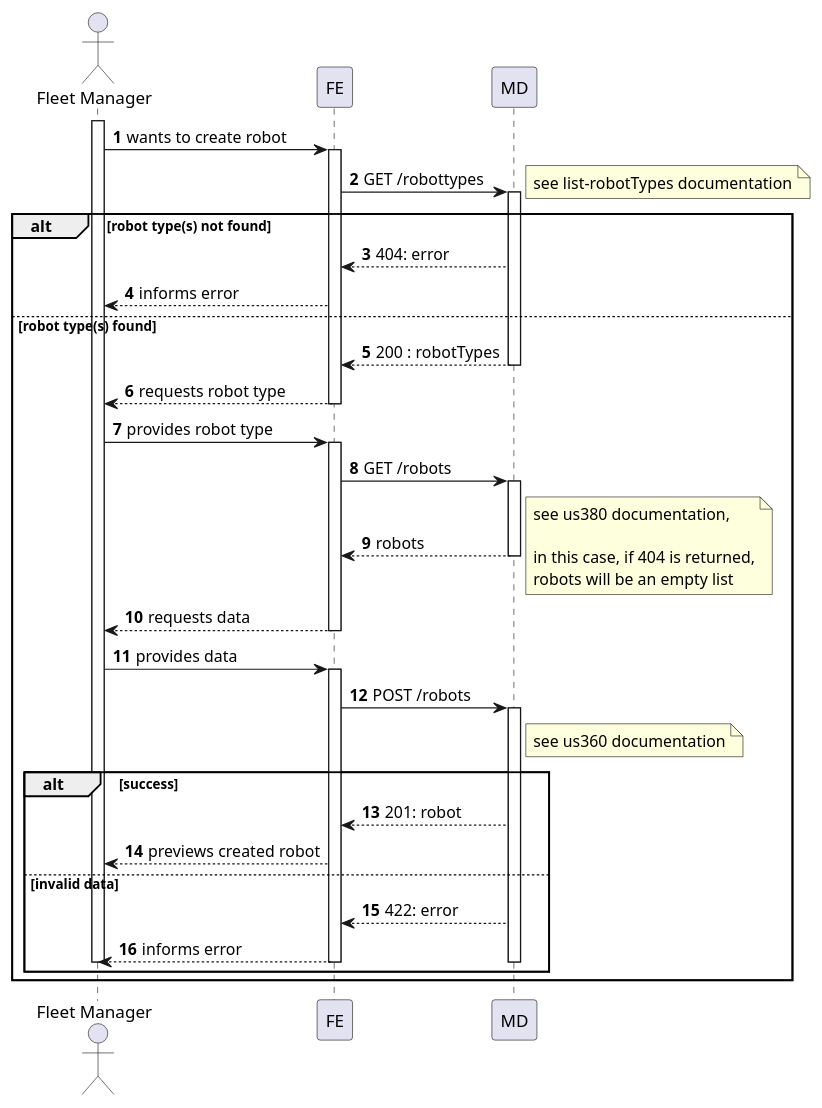
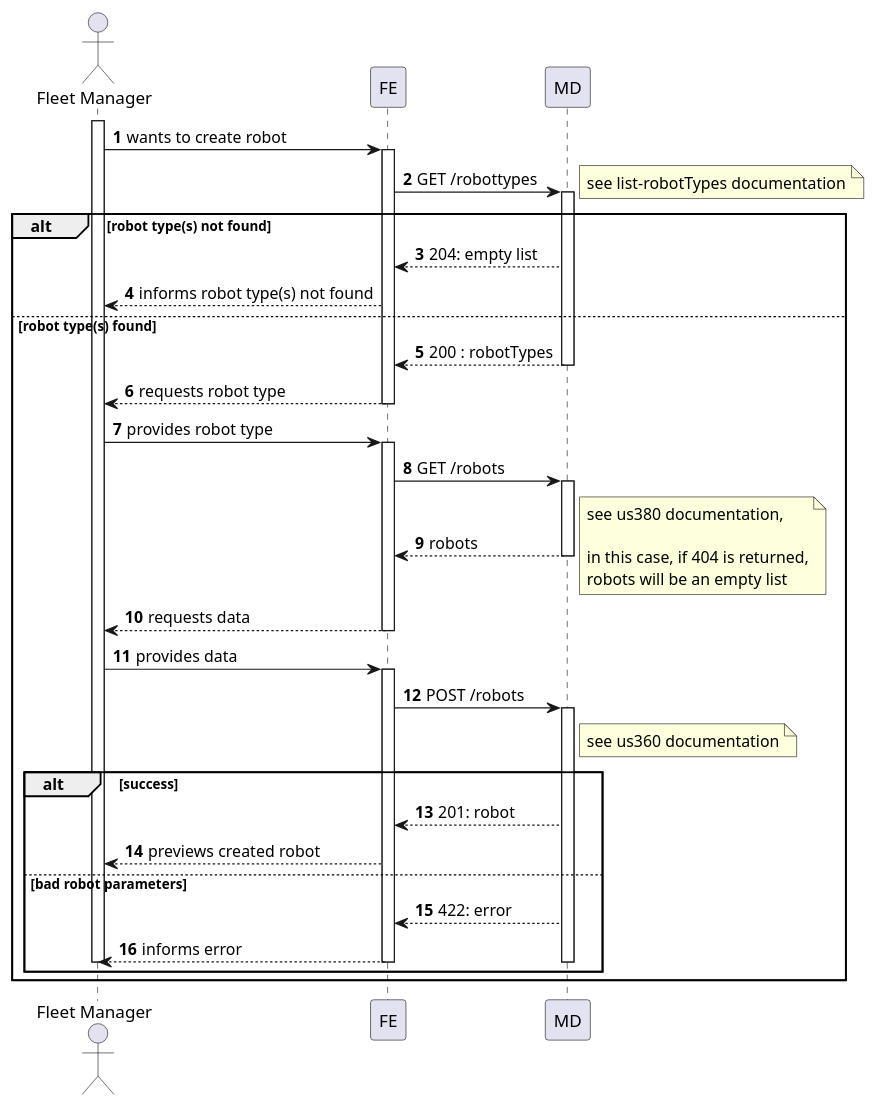
The diagram in docs/us1010/level2/process-view.puml (Departamento-de-Engenharia-Informatica/lapr5-23-24-g19), drawn with PlantUML before and after one commit. The commit also changed 3 other files, not shown here.

```diff
--- a/docs/us1010/level2/process-view.puml
+++ b/docs/us1010/level2/process-view.puml
@@ -1,54 +1,54 @@
 @startuml
 autonumber
 
 actor "Fleet Manager" as usr
 
 participant "FE" as ui
 
 participant "MD" as md
 
 activate usr
     usr -> ui : wants to create robot
     activate ui
         ui -> md : GET /robottypes
         activate md
         alt robot type(s) not found
         note right : see list-robotTypes documentation
-            md --> ui : 404: error
-            ui --> usr : informs error
+            md --> ui : 204: empty list
+            ui --> usr : informs robot type(s) not found
         else robot type(s) found
             md --> ui : 200 : robotTypes
         deactivate md
         ui --> usr : requests robot type
     deactivate ui
 
     usr -> ui : provides robot type
     activate ui
         ui -> md : GET /robots
         activate md
             md --> ui : robots
             note right : see us380 documentation,\n\nin this case, if 404 is returned,\nrobots will be an empty list
         deactivate md
         ui --> usr : requests data
     deactivate ui
 
     usr -> ui : provides data
     activate ui
         ui -> md : POST /robots
 
         activate md
         note right of md : see us360 documentation
         alt success
             md --> ui : 201: robot
             ui --> usr : previews created robot
-        else invalid data
+        else bad robot parameters
             md --> ui : 422: error
             ui --> usr : informs error
         deactivate md
 
     deactivate ui
 deactivate usr
 end
 end
 
 @enduml
```
